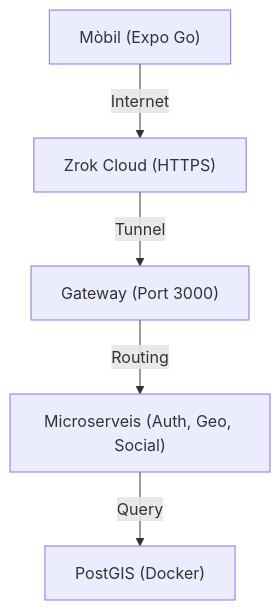
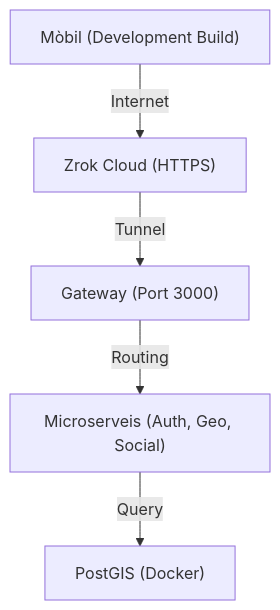
Before and after one commit to cdc-grup/app_lattice_project: the diagram in docs/guides/setup-guide.md, drawn with Mermaid. The commit also changed other lines of this file and 9 other files, not shown here.

Commit message:
feat: Configure mobile app for Expo Development Builds and update all related documentation and setup guides.

````diff
--- a/docs/guides/setup-guide.md
+++ b/docs/guides/setup-guide.md
@@ -83,7 +101,7 @@
 ```mermaid
 graph TD
-    A["Mòbil (Expo Go)"] -- "Internet" --> B["Zrok Cloud (HTTPS)"]
+    A["Mòbil (Development Build)"] -- "Internet" --> B["Zrok Cloud (HTTPS)"]
     B -- "Tunnel" --> C["Gateway (Port 3000)"]
     C -- "Routing" --> D["Microserveis (Auth, Geo, Social)"]
     D -- "Query" --> E["PostGIS (Docker)"]
 ```
````
